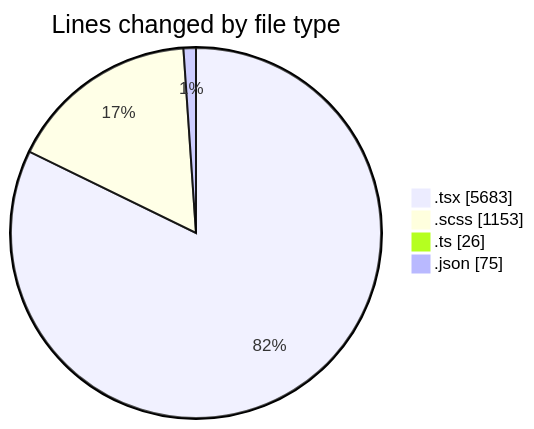
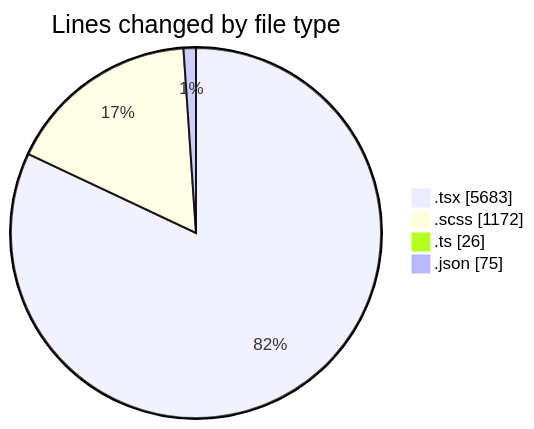
Before and after one commit to momahboobian/code-tracking: the first of 2 diagrams in 2025-04-09/cda/README.md, drawn with Mermaid. The commit also changed other lines of this file and 1 other file, not shown here.

````diff
--- a/2025-04-09/cda/README.md
+++ b/2025-04-09/cda/README.md
@@ -43,8 +43,8 @@
 ```mermaid
 pie showData
 title Lines changed by file type
 ".tsx" : 5683
-".scss" : 1153
+".scss" : 1172
 ".ts" : 26
 ".json" : 75
 ```
````
